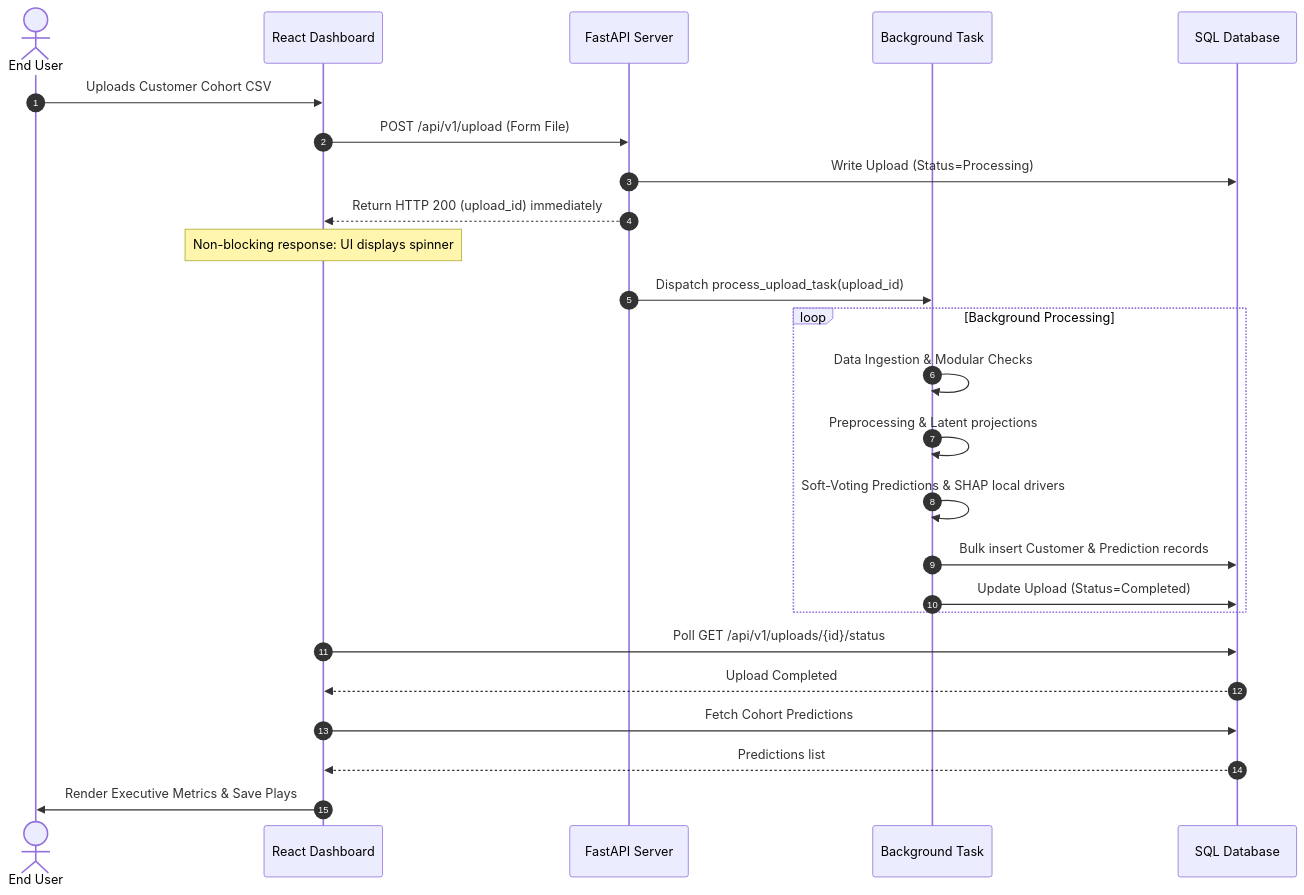
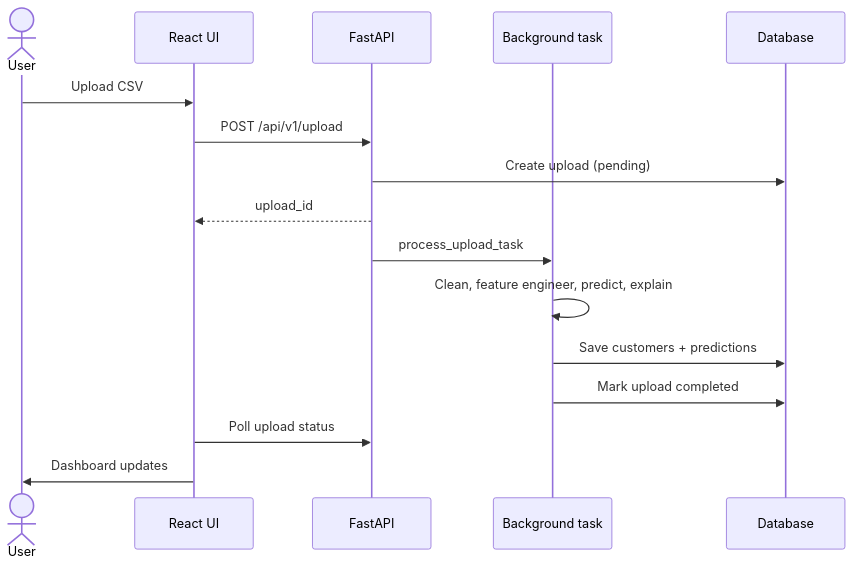
The second of 4 diagrams in README.md (krishankantjha/RetainIQ), drawn with Mermaid before and after one commit. The commit also changed other lines of this file, not shown here.

````diff
--- a/README.md
+++ b/README.md
@@ -31,28 +72,19 @@
 ```mermaid
 sequenceDiagram
-    autonumber
-    actor Developer as End User
-    participant UI as React Dashboard
-    participant API as FastAPI Server
-    participant Worker as Background Task
-    participant DB as SQL Database
+    actor User
+    participant UI as React UI
+    participant API as FastAPI
+    participant Worker as Background task
+    participant DB as Database
 
-    Developer->>UI: Uploads Customer Cohort CSV
-    UI->>API: POST /api/v1/upload (Form File)
-    API->>DB: Write Upload (Status=Processing)
-    API-->>UI: Return HTTP 200 (upload_id) immediately
-    Note over UI: Non-blocking response: UI displays spinner
-    API->>Worker: Dispatch process_upload_task(upload_id)
-    loop Background Processing
-        Worker->>Worker: Data Ingestion & Modular Checks
-        Worker->>Worker: Preprocessing & Latent projections
-        Worker->>Worker: Soft-Voting Predictions & SHAP local drivers
-        Worker->>DB: Bulk insert Customer & Prediction records
-        Worker->>DB: Update Upload (Status=Completed)
-    end
-    UI->>DB: Poll GET /api/v1/uploads/{id}/status
-    DB-->>UI: Upload Completed
-    UI->>DB: Fetch Cohort Predictions
-    DB-->>UI: Predictions list
-    UI->>Developer: Render Executive Metrics & Save Plays
+    User->>UI: Upload CSV
+    UI->>API: POST /api/v1/upload
+    API->>DB: Create upload (pending)
+    API-->>UI: upload_id
+    API->>Worker: process_upload_task
+    Worker->>Worker: Clean, feature engineer, predict, explain
+    Worker->>DB: Save customers + predictions
+    Worker->>DB: Mark upload completed
+    UI->>API: Poll upload status
+    UI->>User: Dashboard updates
 ```
````
